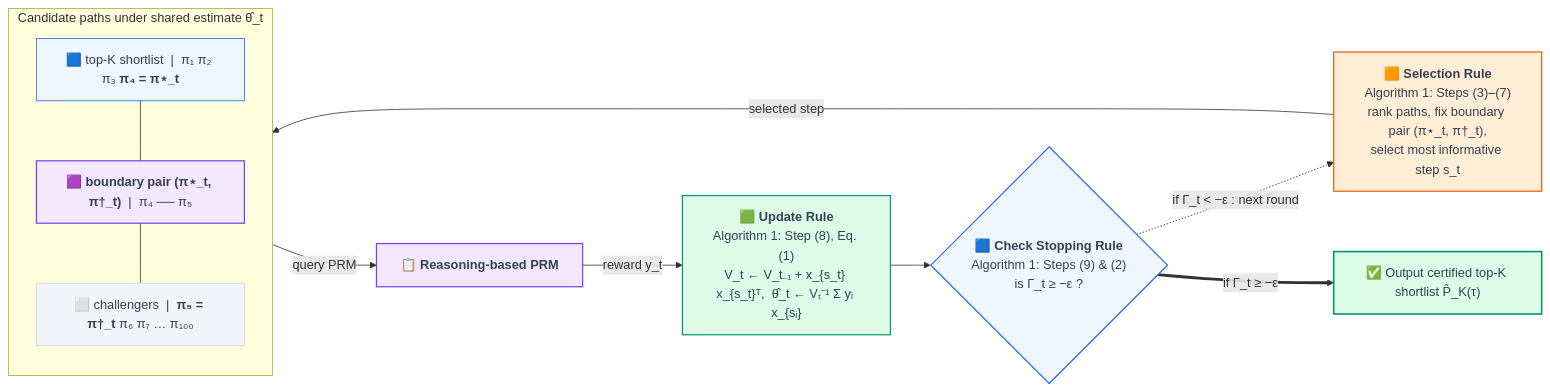
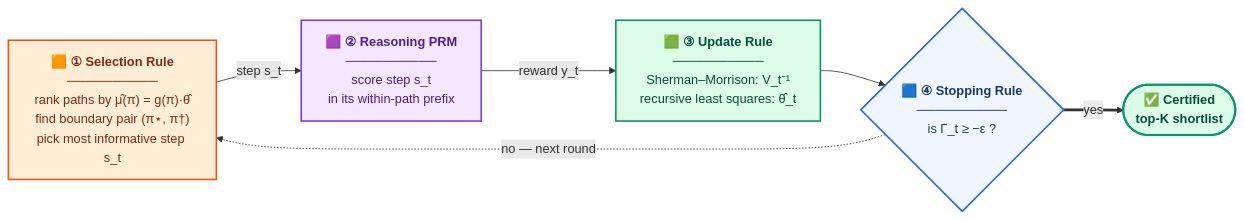
One commit to mohsen1amiri/GICA changed the second of 3 diagrams in README.md. Above: the diagram before and after it, drawn with Mermaid. The commit also changed other lines of this file, not shown here.

First line of the commit message:
Improve README with clearer explanations and diagrams

````diff
--- a/README.md
+++ b/README.md
@@ -268,41 +264,26 @@
 ```mermaid
 flowchart LR
-    SEL["🟧 <b>Selection Rule</b><br/>Algorithm 1: Steps (3)–(7)<br/>rank paths, fix boundary pair (π⋆_t, π†_t),<br/>select most informative step s_t"]
+    SEL["🟧 <b>① Selection Rule</b><br/>──────────<br/>rank paths by μ̂(π) = g(π)·θ̂<br/>find boundary pair (π⋆, π†)<br/>pick most informative step s_t"]
+    PRM["🟪 <b>② Reasoning PRM</b><br/>──────────<br/>score step s_t<br/>in its within-path prefix"]
+    UPD["🟩 <b>③ Update Rule</b><br/>──────────<br/>Sherman–Morrison: V_t⁻¹<br/>recursive least squares: θ̂_t"]
+    CHK{"🟦 <b>④ Stopping Rule</b><br/>──────────<br/>is Γ_t ≥ −ε ?"}
+    OUT(["✅ <b>Certified</b><br/><b>top-K shortlist</b>"])
 
-    subgraph GRID ["Candidate paths under shared estimate θ̂_t"]
-        direction TB
-        TOP["🟦 top-K shortlist&nbsp;&nbsp;|&nbsp;&nbsp;π₁ π₂ π₃ <b>π₄ = π⋆_t</b>"]
-        BND["🟪 <b>boundary pair (π⋆_t, π†_t)</b>&nbsp;&nbsp;|&nbsp;&nbsp;π₄ ── π₅"]
-        CHAL["⬜ challengers&nbsp;&nbsp;|&nbsp;&nbsp;<b>π₅ = π†_t</b> π₆ π₇ … π₁₀₀"]
-        TOP --- BND --- CHAL
-    end
-
-    PRM["📋 <b>Reasoning-based PRM</b>"]
-    UPD["🟩 <b>Update Rule</b><br/>Algorithm 1: Step (8), Eq. (1)<br/>V_t ← V_t₋₁ + x_{s_t} x_{s_t}ᵀ,&nbsp; θ̂_t ← Vₜ⁻¹ Σ yᵢ x_{sᵢ}"]
-    CHK{"🟦 <b>Check Stopping Rule</b><br/>Algorithm 1: Steps (9) & (2)<br/>is Γ_t ≥ −ε ?"}
-
-    SEL -- "selected step" --> BND
-    BND -- "query PRM" --> PRM
+    SEL -- "step s_t" --> PRM
     PRM -- "reward y_t" --> UPD
     UPD --> CHK
-    CHK -. "if Γ_t < −ε : next round" .-> SEL
-    CHK == "if Γ_t ≥ −ε" ==> OUT["✅ Output certified top-K shortlist P̂_K(τ)"]
+    CHK == "yes" ==> OUT
+    CHK -. "no — next round" .-> SEL
 
-    classDef selCls   fill:#FFEDD5,stroke:#EA580C,stroke-width:1.5px,color:#334155;
-    classDef prmCls   fill:#F3E8FF,stroke:#7C3AED,stroke-width:1.5px,color:#334155;
-    classDef updCls   fill:#DCFCE7,stroke:#059669,stroke-width:1.5px,color:#334155;
-    classDef chkCls   fill:#EFF6FF,stroke:#2563EB,stroke-width:1.5px,color:#334155;
-    classDef topCls   fill:#EFF6FF,stroke:#2563EB,stroke-width:1px,color:#334155;
-    classDef bndCls   fill:#F3E8FF,stroke:#7C3AED,stroke-width:1.5px,color:#334155;
-    classDef chalCls  fill:#F1F5F9,stroke:#CBD5E1,stroke-width:1px,color:#334155;
-    classDef outCls   fill:#DCFCE7,stroke:#059669,stroke-width:2px,color:#334155;
+    classDef sel  fill:#FFEDD5,stroke:#EA580C,stroke-width:2px,color:#7C2D12;
+    classDef prm  fill:#F3E8FF,stroke:#7C3AED,stroke-width:2px,color:#4C1D95;
+    classDef upd  fill:#DCFCE7,stroke:#059669,stroke-width:2px,color:#064E3B;
+    classDef chk  fill:#EFF6FF,stroke:#2563EB,stroke-width:2px,color:#1E3A5F;
+    classDef out  fill:#DCFCE7,stroke:#059669,stroke-width:2.5px,color:#064E3B;
 
-    class SEL selCls;
-    class PRM prmCls;
-    class UPD updCls;
-    class CHK chkCls;
-    class TOP topCls;
-    class BND bndCls;
-    class CHAL chalCls;
-    class OUT outCls;
+    class SEL sel;
+    class PRM prm;
+    class UPD upd;
+    class CHK chk;
+    class OUT out;
 ```
````
